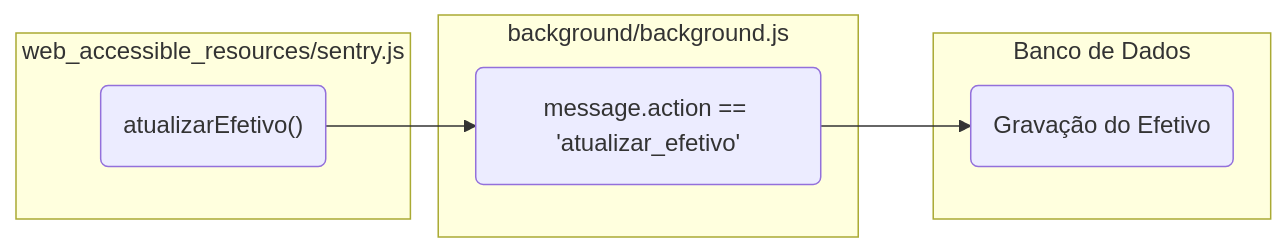
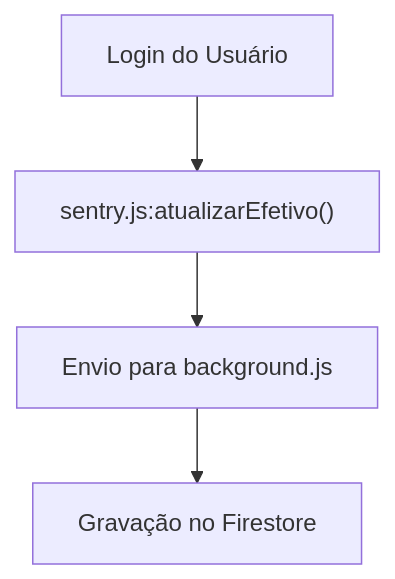
The first of 4 diagrams in README.md (DP3D3733/XCAD), drawn with Mermaid before and after one commit. The commit also changed other lines of this file, not shown here.

````diff
--- a/README.md
+++ b/README.md
@@ -118,16 +126,6 @@
 ```mermaid
-graph LR
-    subgraph Secao1[web_accessible_resources/sentry.js]
-        A("atualizarEfetivo()")
-    end
-
-    subgraph Secao2[background/background.js]
-        B(message.action == 'atualizar_efetivo')
-    end
-
-    subgraph Secao3[Banco de Dados]
-        C(Gravação do Efetivo)
-    end
-
-    A --> B --> C
+graph TD
+    A[Login do Usuário] --> B["sentry.js:atualizarEfetivo()"]
+    B --> C["Envio para background.js"]
+    C --> D[Gravação no Firestore]
 ```
````
